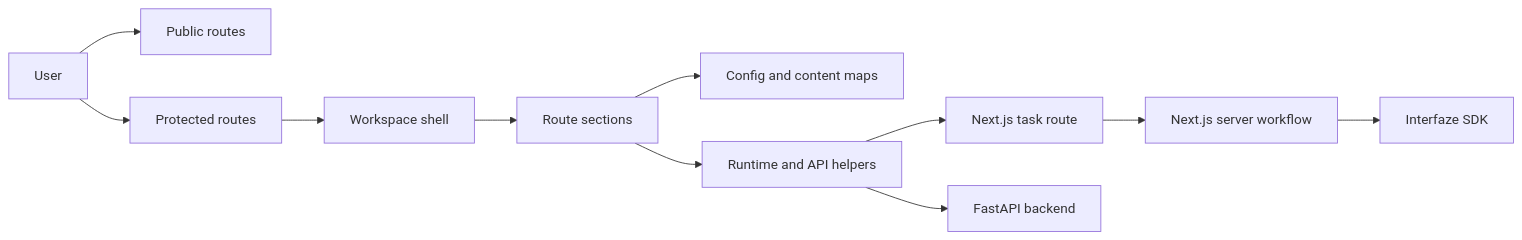
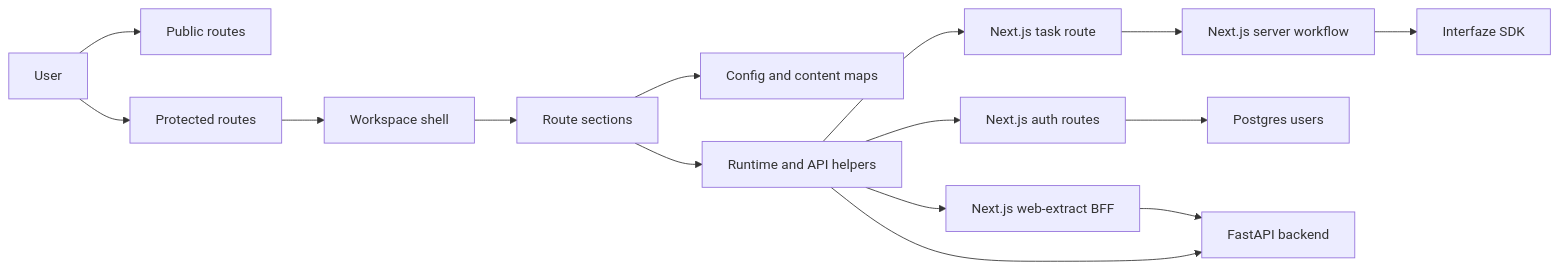
One commit to eqan/Interfaze-Project changed the first of 10 diagrams in frontend/ARCHITECTURE.md. Above: the diagram before and after it, drawn with Mermaid. The commit also changed other lines of this file and 86 other files, not shown here.

````diff
--- a/frontend/ARCHITECTURE.md
+++ b/frontend/ARCHITECTURE.md
@@ -7,25 +7,31 @@
 ```mermaid
 flowchart LR
     User[User]
     PublicRoutes[Public routes]
     ProtectedRoutes[Protected routes]
     Shell[Workspace shell]
     Sections[Route sections]
     Config[Config and content maps]
     Runtime[Runtime and API helpers]
+    AuthRoute[Next.js auth routes]
     TaskRoute[Next.js task route]
     TaskServer[Next.js server workflow]
     Interfaze[Interfaze SDK]
+    Postgres[Postgres users]
     Backend[FastAPI backend]
 
     User --> PublicRoutes
     User --> ProtectedRoutes
     ProtectedRoutes --> Shell
     Shell --> Sections
     Sections --> Config
     Sections --> Runtime
+    Runtime --> AuthRoute
+    AuthRoute --> Postgres
+    Runtime --> WebExtractRoute[Next.js web-extract BFF]
+    WebExtractRoute --> Backend
     Runtime --> TaskRoute
     TaskRoute --> TaskServer
     TaskServer --> Interfaze
     Runtime --> Backend
 ```
````
